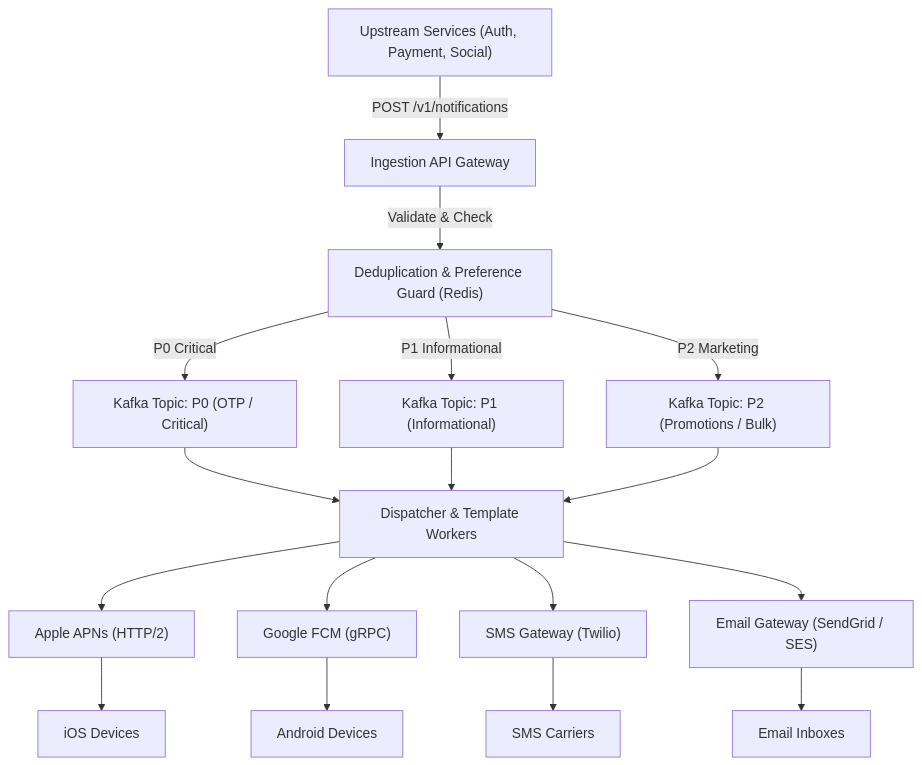
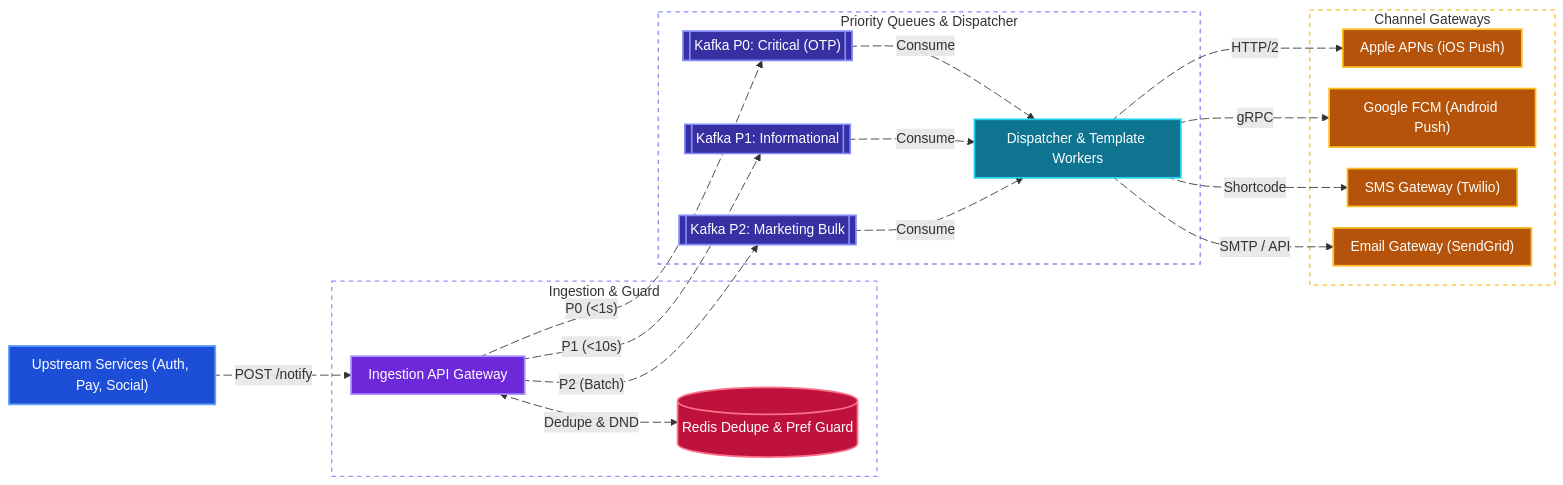
Before and after one commit to tarunbatta/tech-interview-prep: the first of 3 diagrams in system-design/notification-system.md, drawn with Mermaid. The commit also changed other lines of this file and 30 other files, not shown here.

First line of the commit message:
docs(system-design): convert Mermaid flowcharts to LR with colors and animated edges

````diff
--- a/system-design/notification-system.md
+++ b/system-design/notification-system.md
@@ -64,19 +64,64 @@
 ```mermaid
-flowchart TD
-    Upstreams["Upstream Services (Auth, Payment, Social)"] -->|"POST /v1/notifications"| Gateway["Ingestion API Gateway"]
-    Gateway -->|"Validate & Check"| Guard["Deduplication & Preference Guard (Redis)"]
-    Guard -->|"P0 Critical"| P0["Kafka Topic: P0 (OTP / Critical)"]
-    Guard -->|"P1 Informational"| P1["Kafka Topic: P1 (Informational)"]
-    Guard -->|"P2 Marketing"| P2["Kafka Topic: P2 (Promotions / Bulk)"]
-    P0 --> Dispatcher["Dispatcher & Template Workers"]
-    P1 --> Dispatcher
-    P2 --> Dispatcher
-    Dispatcher --> APNs["Apple APNs (HTTP/2)"]
-    Dispatcher --> FCM["Google FCM (gRPC)"]
-    Dispatcher --> SMS["SMS Gateway (Twilio)"]
-    Dispatcher --> Email["Email Gateway (SendGrid / SES)"]
-    APNs --> iOS["iOS Devices"]
-    FCM --> Android["Android Devices"]
-    SMS --> Carriers["SMS Carriers"]
-    Email --> Inboxes["Email Inboxes"]
+%%{init: {'flowchart': {'nodeSpacing': 25, 'rankSpacing': 45, 'padding': 10}}}%%
+flowchart LR
+    Upstreams["Upstream Services (Auth, Pay, Social)"]
+    subgraph EdgeTier["Ingestion & Guard"]
+        Gateway["Ingestion API Gateway"]
+        Guard[("Redis Dedupe & Pref Guard")]
+    end
+    subgraph QueueAndWorkers["Priority Queues & Dispatcher"]
+        P0[["Kafka P0: Critical (OTP)"]]
+        P1[["Kafka P1: Informational"]]
+        P2[["Kafka P2: Marketing Bulk"]]
+        Dispatcher["Dispatcher & Template Workers"]
+    end
+    subgraph Providers["Channel Gateways"]
+        APNs["Apple APNs (iOS Push)"]
+        FCM["Google FCM (Android Push)"]
+        SMS["SMS Gateway (Twilio)"]
+        Email["Email Gateway (SendGrid)"]
+    end
+    Upstreams e1@-->|"POST /notify"| Gateway
+    Gateway e2@<-->|"Dedupe & DND"| Guard
+    Gateway e3@-->|"P0 (<1s)"| P0
+    Gateway e4@-->|"P1 (<10s)"| P1
+    Gateway e5@-->|"P2 (Batch)"| P2
+    P0 e6@-->|"Consume"| Dispatcher
+    P1 e7@-->|"Consume"| Dispatcher
+    P2 e8@-->|"Consume"| Dispatcher
+    Dispatcher e9@-->|"HTTP/2"| APNs
+    Dispatcher e10@-->|"gRPC"| FCM
+    Dispatcher e11@-->|"Shortcode"| SMS
+    Dispatcher e12@-->|"SMTP / API"| Email
+
+    e1@{ animate: true }
+    e2@{ animate: true }
+    e3@{ animate: true }
+    e4@{ animate: true }
+    e5@{ animate: true }
+    e6@{ animate: true }
+    e7@{ animate: true }
+    e8@{ animate: true }
+    e9@{ animate: true }
+    e10@{ animate: true }
+    e11@{ animate: true }
+    e12@{ animate: true }
+
+    classDef client fill:#1d4ed8,stroke:#60a5fa,stroke-width:2px,color:#ffffff
+    classDef edge fill:#6d28d9,stroke:#a78bfa,stroke-width:2px,color:#ffffff
+    classDef worker fill:#0e7490,stroke:#22d3ee,stroke-width:2px,color:#ffffff
+    classDef cache fill:#be123c,stroke:#fb7185,stroke-width:2px,color:#ffffff
+    classDef storage fill:#b45309,stroke:#fbbf24,stroke-width:2px,color:#ffffff
+    classDef queue fill:#3730a3,stroke:#818cf8,stroke-width:2px,color:#ffffff
+
+    class Upstreams client
+    class Gateway edge
+    class Guard cache
+    class P0,P1,P2 queue
+    class Dispatcher worker
+    class APNs,FCM,SMS,Email storage
+
+    style EdgeTier fill:transparent,stroke:#a78bfa,stroke-width:1.5px,stroke-dasharray: 5 5
+    style QueueAndWorkers fill:transparent,stroke:#818cf8,stroke-width:1.5px,stroke-dasharray: 5 5
+    style Providers fill:transparent,stroke:#fbbf24,stroke-width:1.5px,stroke-dasharray: 5 5
 ```
````
